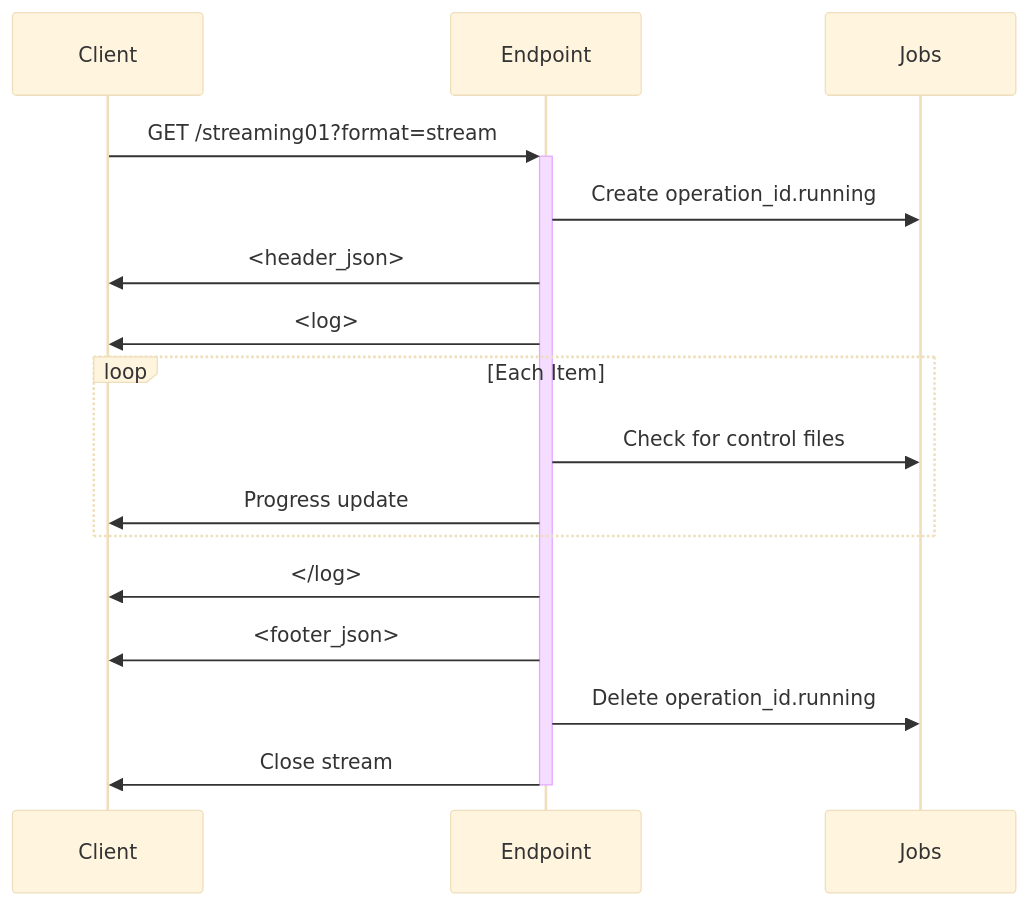
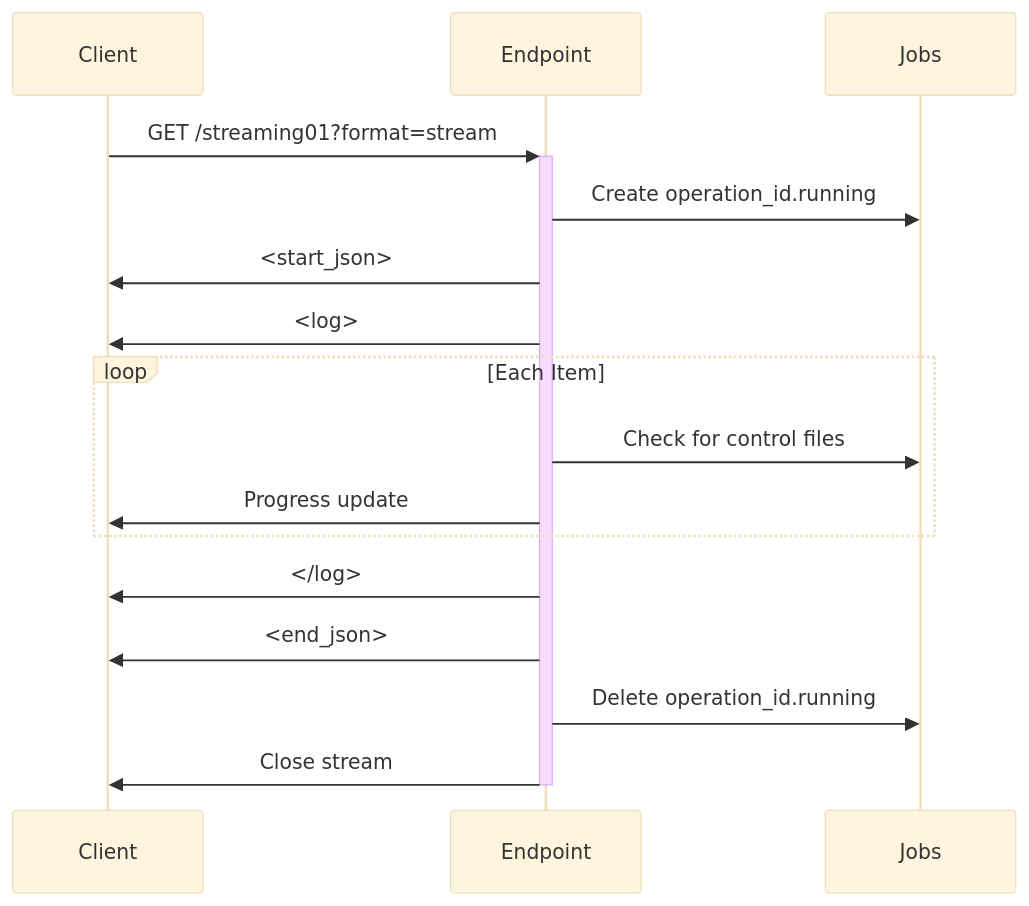
One commit to karstenheld3/SharePoint-GPT-Middleware changed the first of 3 diagrams in _V1_STREAMING_PROTOTYPE.md. Above: the diagram before and after it, drawn with Mermaid (base theme). The commit also changed other lines of this file and 7 other files, not shown here.

Commit message:
Changed: StreamingJob dataclass used for <start_json> and <end_json>

````diff
--- a/_V1_STREAMING_PROTOTYPE.md
+++ b/_V1_STREAMING_PROTOTYPE.md
@@ -214,15 +214,15 @@
 ```mermaid
 sequenceDiagram
     Client->>+Endpoint: GET /streaming01?format=stream
     Endpoint->>Jobs: Create operation_id.running
-    Endpoint->>Client: <header_json>
+    Endpoint->>Client: <start_json>
     Endpoint->>Client: <log>
     loop Each Item
         Endpoint->>Jobs: Check for control files
         Endpoint->>Client: Progress update
     end
     Endpoint->>Client: </log>
-    Endpoint->>Client: <footer_json>
+    Endpoint->>Client: <end_json>
     Endpoint->>Jobs: Delete operation_id.running
     Endpoint->>-Client: Close stream
 ```
````
